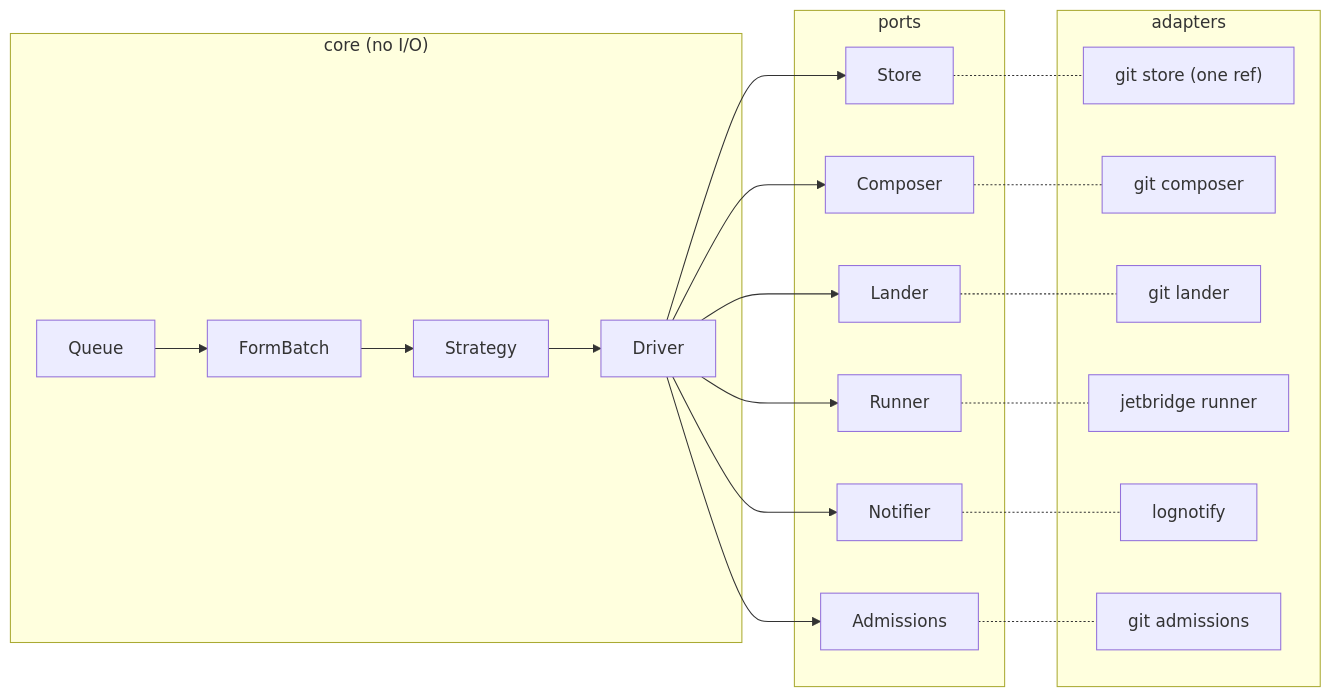
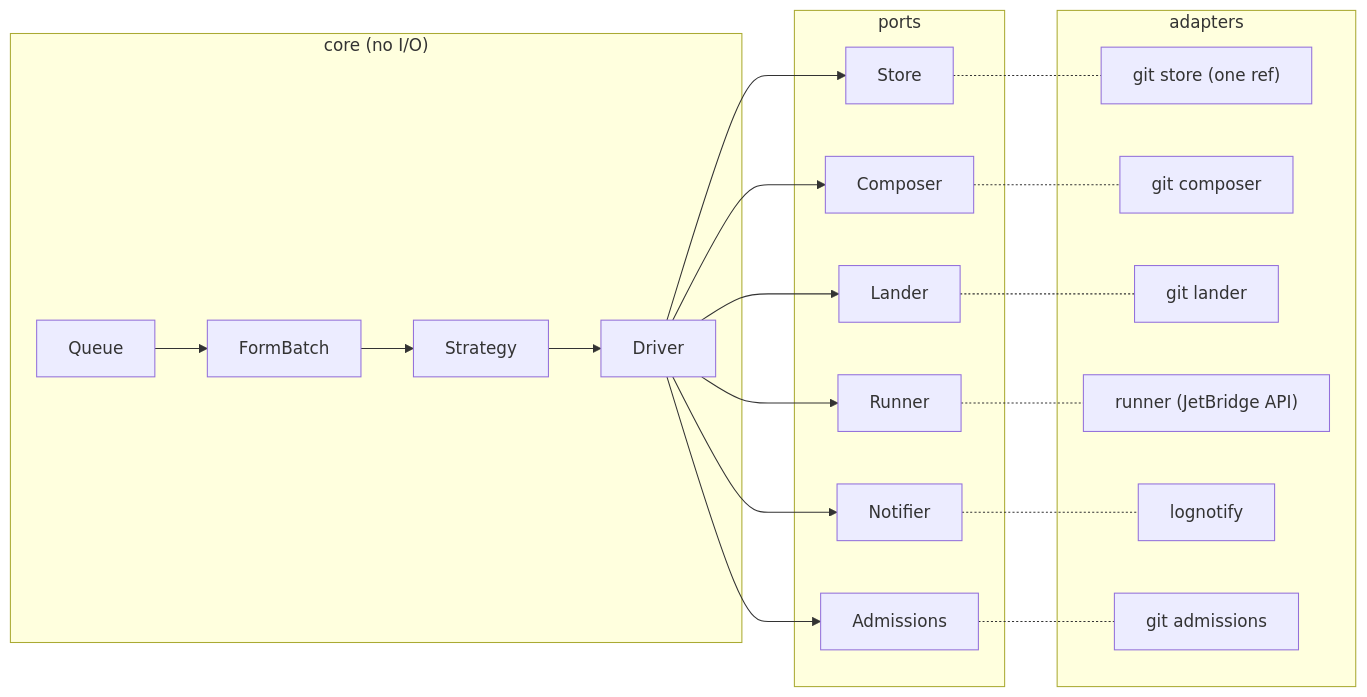
One commit to tdmtrader/jetbridge changed the first of 3 diagrams in queue/README.md. Above: the diagram before and after it, drawn with Mermaid. The commit also changed other lines of this file, not shown here.

````diff
--- a/queue/README.md
+++ b/queue/README.md
@@ -40,30 +41,30 @@
 ```mermaid
 flowchart LR
   subgraph core["core (no I/O)"]
     Queue --> FormBatch --> Strategy
     Strategy --> Driver
   end
   subgraph ports
     Store
     Composer
     Runner
     Lander
     Notifier
     Admissions
   end
   subgraph adapters
     GS["git store (one ref)"]
     GC["git composer"]
     GL["git lander"]
-    JR["jetbridge runner"]
+    JR["runner (JetBridge API)"]
     LN["lognotify"]
     GA["git admissions"]
   end
   Driver --> Store & Composer & Runner & Lander & Notifier & Admissions
   Store -.- GS
   Composer -.- GC
   Lander -.- GL
   Runner -.- JR
   Notifier -.- LN
   Admissions -.- GA
 ```
````
